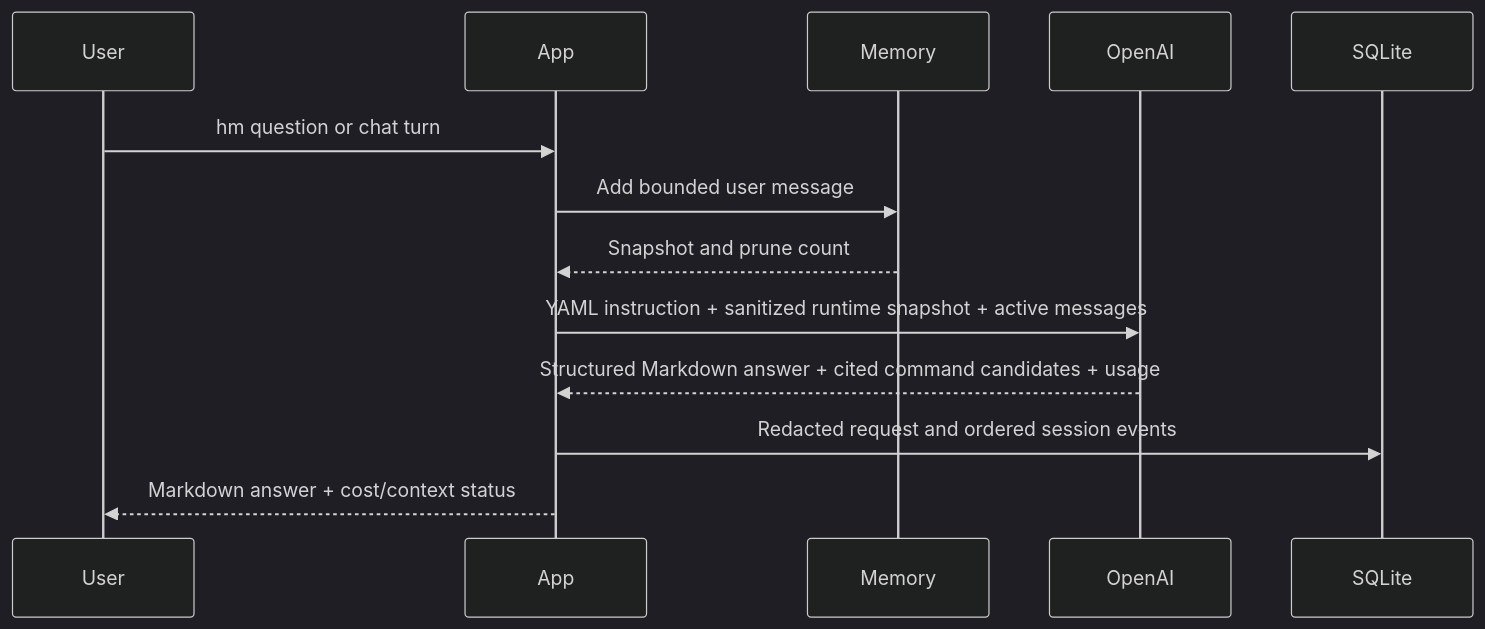
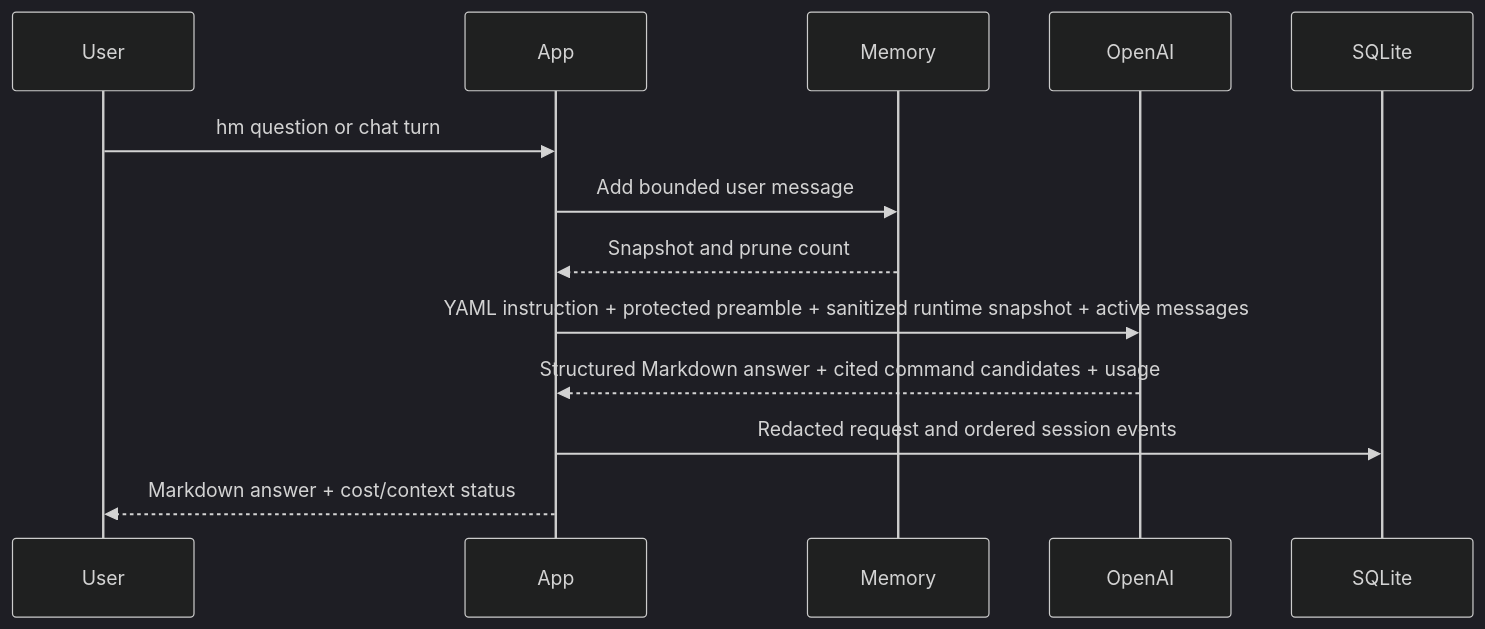
The second of 2 diagrams in docs/ARCHITECTURE.md (umbertotechnopreneur/PromptMeUp), drawn with Mermaid (dark theme) before and after one commit. The commit also changed other lines of this file and 37 other files, not shown here.

````diff
--- a/docs/ARCHITECTURE.md
+++ b/docs/ARCHITECTURE.md
@@ -31,16 +31,16 @@
 ```mermaid
 sequenceDiagram
     participant User
     participant App
     participant Memory
     participant OpenAI
     participant SQLite
 
     User->>App: hm question or chat turn
     App->>Memory: Add bounded user message
     Memory-->>App: Snapshot and prune count
-    App->>OpenAI: YAML instruction + sanitized runtime snapshot + active messages
+    App->>OpenAI: YAML instruction + protected preamble + sanitized runtime snapshot + active messages
     OpenAI-->>App: Structured Markdown answer + cited command candidates + usage
     App->>SQLite: Redacted request and ordered session events
     App-->>User: Markdown answer + cost/context status
 ```
````
